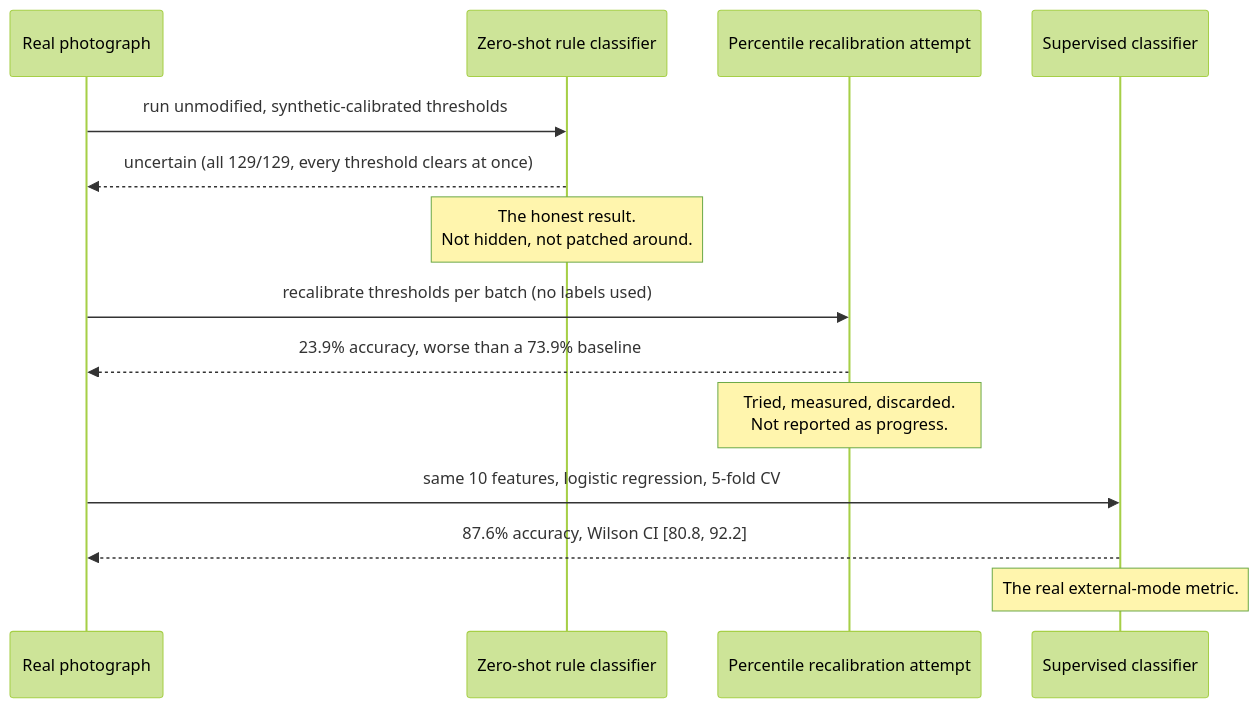
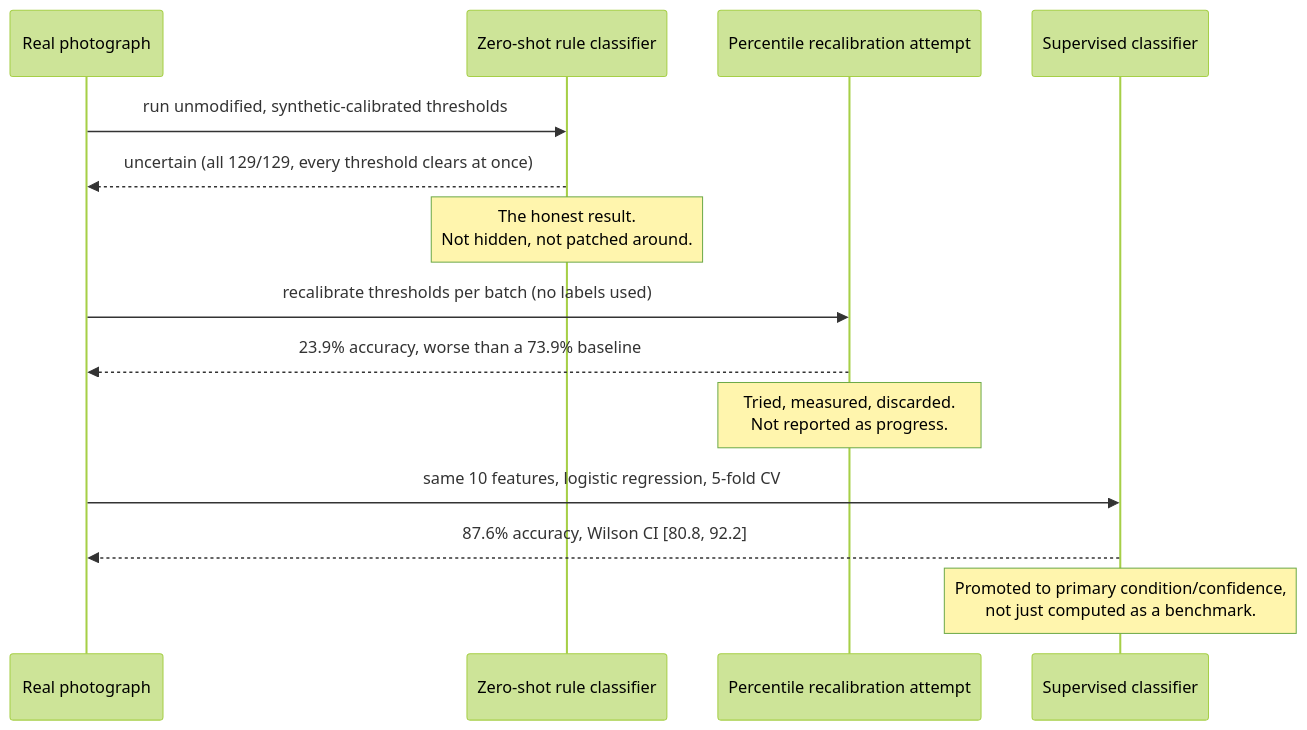
One commit to mohammedryn/Sunnybotics---solar-panel-condition-mapping changed the third of 3 diagrams in README.md. Above: the diagram before and after it, drawn with Mermaid (forest theme). The commit also changed other lines of this file and 2 other files, not shown here.

First line of the commit message:
Document primary-condition promotion in report and README

````diff
--- a/README.md
+++ b/README.md
@@ -150,19 +152,19 @@
 ```mermaid
 sequenceDiagram
     participant Photo as Real photograph
     participant Zero as Zero-shot rule classifier
     participant Fix as Percentile recalibration attempt
     participant Sup as Supervised classifier
 
     Photo->>Zero: run unmodified, synthetic-calibrated thresholds
     Zero-->>Photo: uncertain (all 129/129, every threshold clears at once)
     Note over Zero: The honest result.<br/>Not hidden, not patched around.
 
     Photo->>Fix: recalibrate thresholds per batch (no labels used)
     Fix-->>Photo: 23.9% accuracy, worse than a 73.9% baseline
     Note over Fix: Tried, measured, discarded.<br/>Not reported as progress.
 
     Photo->>Sup: same 10 features, logistic regression, 5-fold CV
     Sup-->>Photo: 87.6% accuracy, Wilson CI [80.8, 92.2]
-    Note over Sup: The real external-mode metric.
+    Note over Sup: Promoted to primary condition/confidence,<br/>not just computed as a benchmark.
 ```
````
